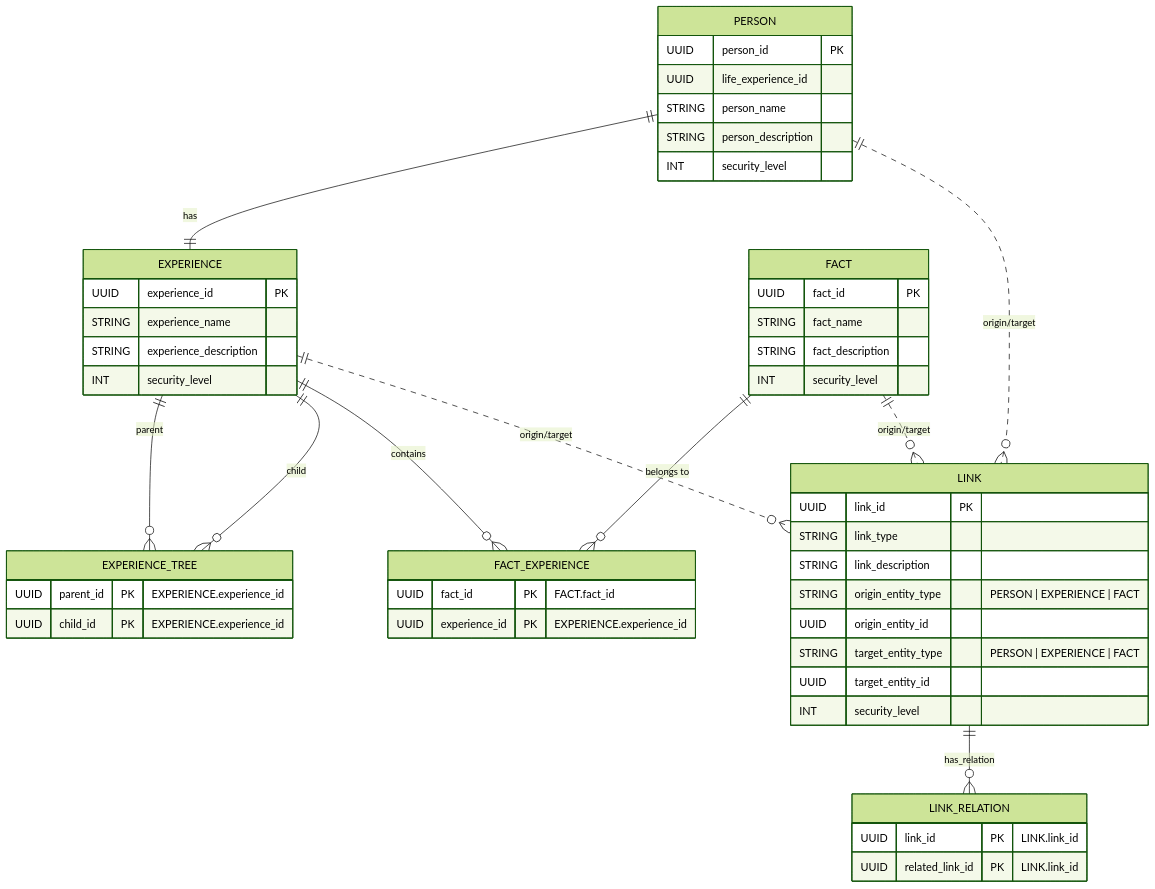
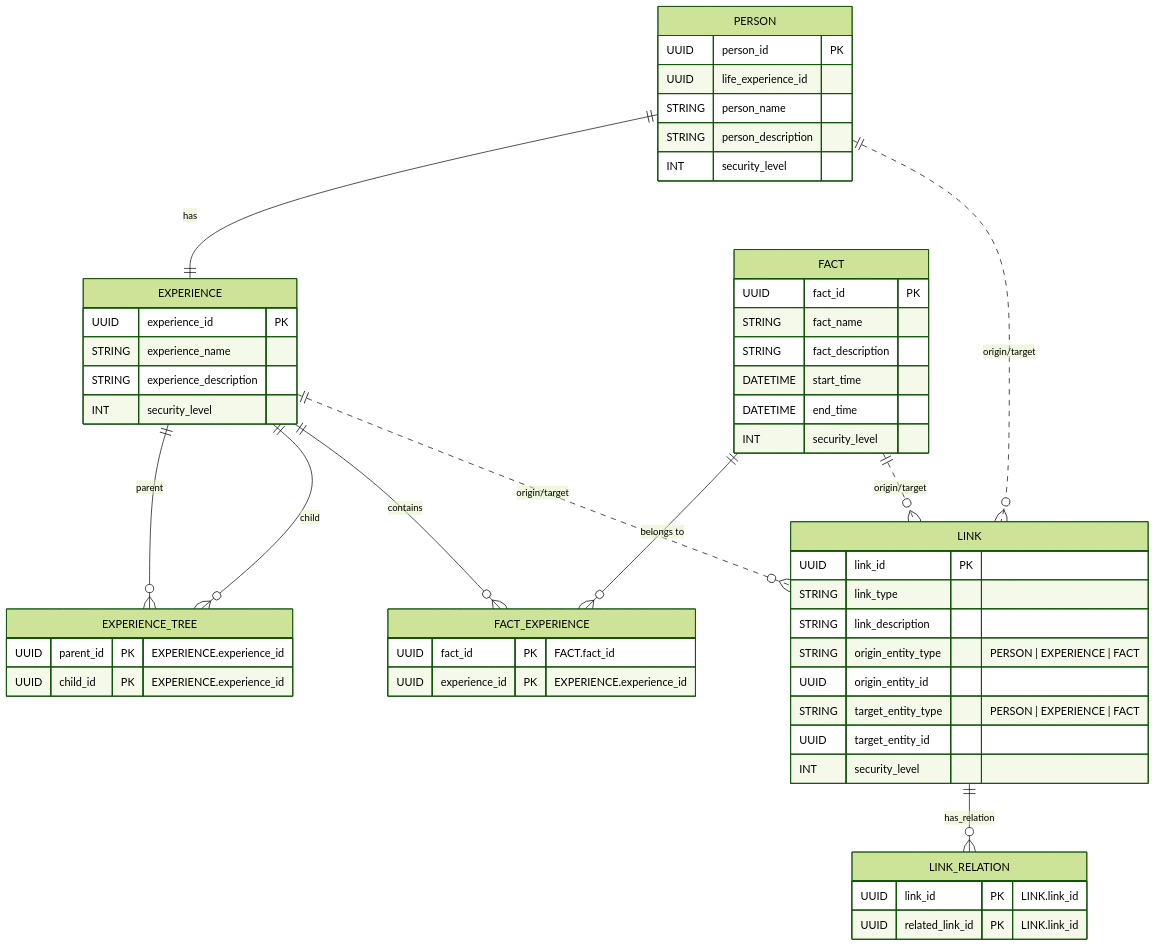
One commit to HibiyaHaraki/hasm changed the diagram in docs/arch/00-hasm-model-structure.md. Above: the diagram before and after it, drawn with Mermaid (forest theme). The commit also changed other lines of this file, not shown here.

Commit message:
Add time info in FACT

````diff
--- a/docs/arch/00-hasm-model-structure.md
+++ b/docs/arch/00-hasm-model-structure.md
@@ -47,60 +47,62 @@
 ```mermaid
 erDiagram
   PERSON {
     UUID person_id PK
     UUID life_experience_id
     STRING person_name
     STRING person_description
     INT security_level
   }
 
   EXPERIENCE {
     UUID experience_id PK
     STRING experience_name
     STRING experience_description
     INT security_level
   }
 
   EXPERIENCE_TREE {
       UUID parent_id PK "EXPERIENCE.experience_id"
       UUID child_id PK "EXPERIENCE.experience_id"
   }
 
   FACT {
     UUID fact_id PK
     STRING fact_name
     STRING fact_description
+    DATETIME start_time
+    DATETIME end_time
     INT security_level
   }
 
   FACT_EXPERIENCE {
       UUID fact_id PK "FACT.fact_id"
       UUID experience_id PK "EXPERIENCE.experience_id"
   }
 
   LINK {
     UUID link_id PK
     STRING link_type
     STRING link_description
     STRING origin_entity_type "PERSON | EXPERIENCE | FACT"
     UUID origin_entity_id
     STRING target_entity_type "PERSON | EXPERIENCE | FACT"
     UUID target_entity_id
     INT security_level
   }
 
   LINK_RELATION {
     UUID link_id PK "LINK.link_id"
     UUID related_link_id PK "LINK.link_id"
   }
 
   PERSON ||--|| EXPERIENCE : "has"
   EXPERIENCE ||--o{ EXPERIENCE_TREE : "parent"
   EXPERIENCE ||--o{ EXPERIENCE_TREE : "child"
   FACT ||--o{ FACT_EXPERIENCE : "belongs to"
   EXPERIENCE ||--o{ FACT_EXPERIENCE : "contains"
   PERSON ||..o{ LINK : "origin/target"
   EXPERIENCE ||..o{ LINK : "origin/target"
   FACT ||..o{ LINK : "origin/target"
   LINK ||--o{ LINK_RELATION : "has_relation"
 ```
````
